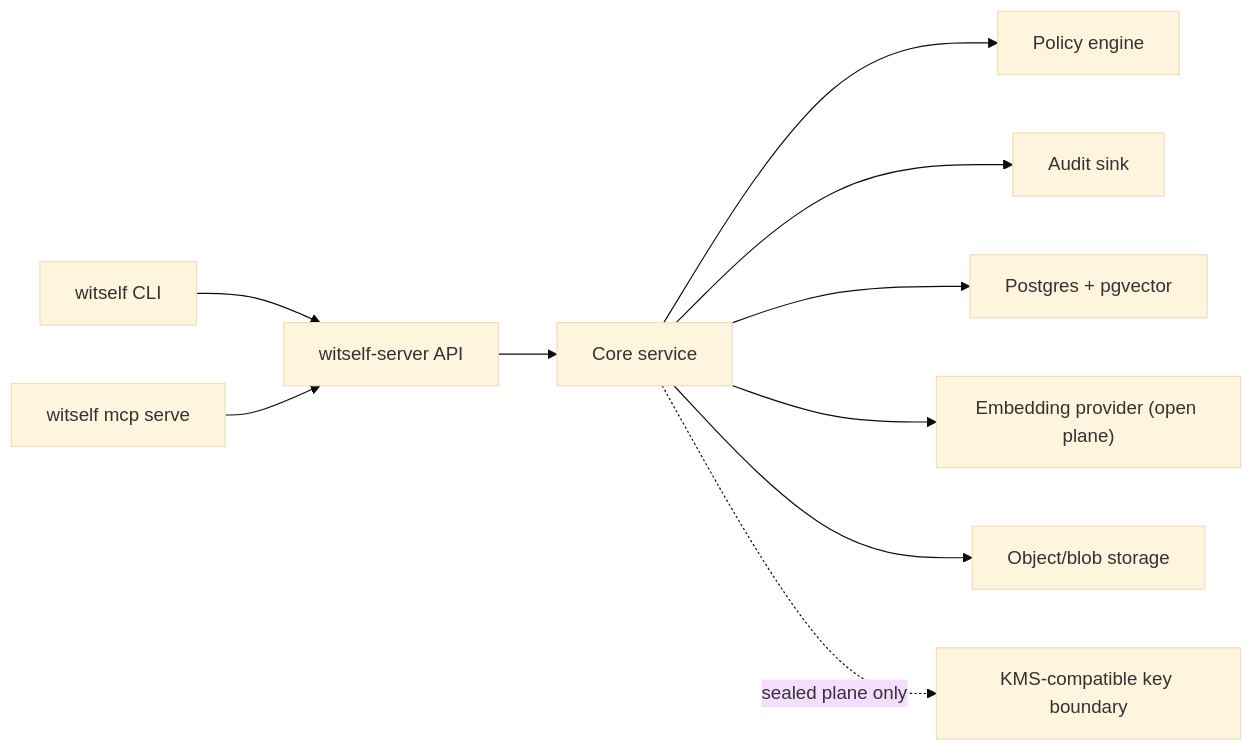
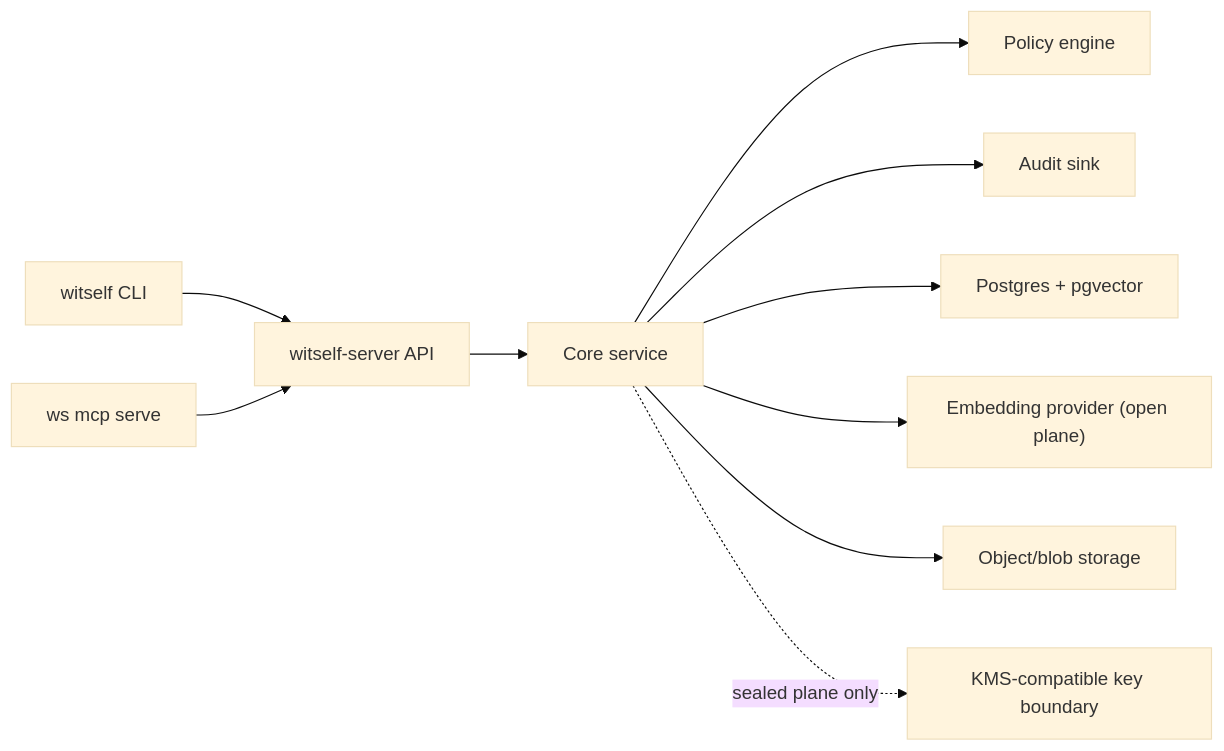
One commit to witwave-ai/witself changed the diagram in docs/self-hosting.md. Above: the diagram before and after it, drawn with Mermaid (base theme). The commit also changed other lines of this file and 36 other files, not shown here.

````diff
--- a/docs/self-hosting.md
+++ b/docs/self-hosting.md
@@ -57,12 +57,12 @@
 ```mermaid
 flowchart LR
   CLI["witself CLI"] --> API["witself-server API"]
-  MCP["witself mcp serve"] --> API
+  MCP["ws mcp serve"] --> API
   API --> Core["Core service"]
   Core --> Policy["Policy engine"]
   Core --> Audit["Audit sink"]
   Core --> Store["Postgres + pgvector"]
   Core --> Embed["Embedding provider (open plane)"]
   Core --> Blob["Object/blob storage"]
   Core -. "sealed plane only" .-> KMS["KMS-compatible key boundary"]
 ```
````
